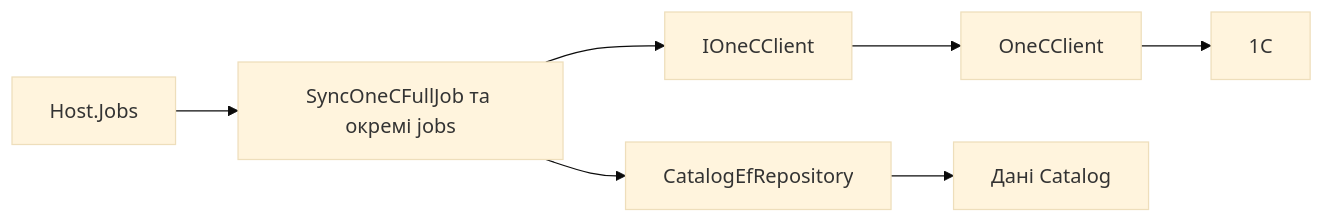
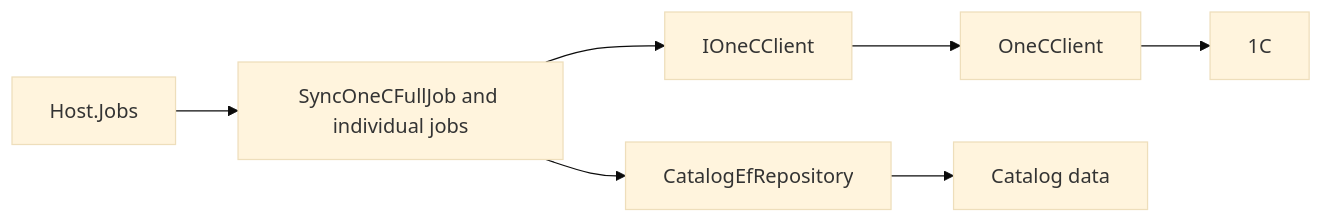
One commit to Weretik/KedrStore changed the diagram in docs/sdd/features/catalog/one-c-import.md. Above: the diagram before and after it, drawn with Mermaid (base theme). The commit also changed other lines of this file and 83 other files, not shown here.

Commit message:
docs(kedr): reconcile architecture and delivery guidance

````diff
--- a/docs/sdd/features/catalog/one-c-import.md
+++ b/docs/sdd/features/catalog/one-c-import.md
@@ -29,9 +29,9 @@
 ```mermaid
 flowchart LR
-    A["Host.Jobs"] --> B["SyncOneCFullJob та окремі jobs"]
+    A["Host.Jobs"] --> B["SyncOneCFullJob and individual jobs"]
     B --> C["IOneCClient"]
     C --> D["OneCClient"]
     D --> E["1C"]
     B --> F["CatalogEfRepository"]
-    F --> G["Дані Catalog"]
+    F --> G["Catalog data"]
 ```
````
